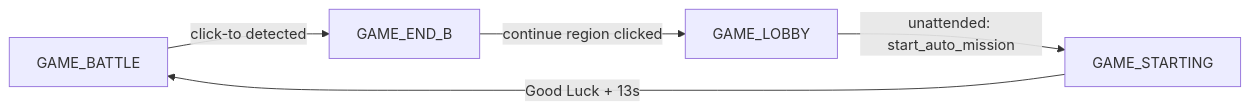
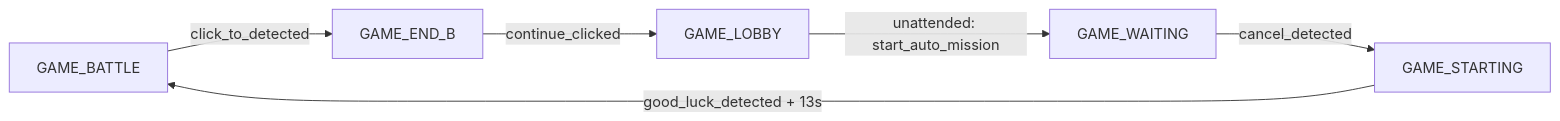
One commit to mhouse1/wingman changed the sixth of 6 diagrams in docs/architecture.md. Above: the diagram before and after it, drawn with Mermaid. The commit also changed other lines of this file and 2 other files, not shown here.

````diff
--- a/docs/architecture.md
+++ b/docs/architecture.md
@@ -208,7 +233,8 @@
 ```mermaid
 flowchart LR
-    GB[GAME_BATTLE] -->|click-to detected| GE[GAME_END_B]
-    GE -->|continue region clicked| GL[GAME_LOBBY]
-    GL -->|unattended: start_auto_mission| GS[GAME_STARTING]
-    GS -->|Good Luck + 13s| GB
+    GB[GAME_BATTLE] -->|click_to_detected| GE[GAME_END_B]
+    GE -->|continue_clicked| GL[GAME_LOBBY]
+    GL -->|unattended: start_auto_mission| GW[GAME_WAITING]
+    GW -->|cancel_detected| GS[GAME_STARTING]
+    GS -->|good_luck_detected + 13s| GB
 ```
````
